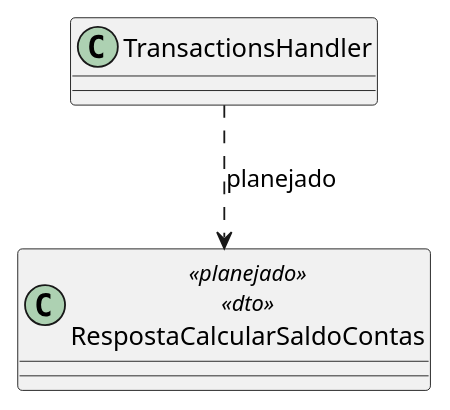
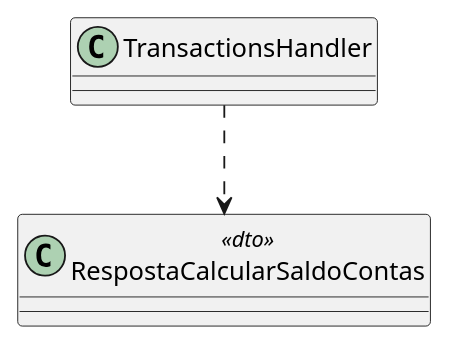
Diagram 12 of 12 in docs/uml/classes/srv-transactions.md (MiguelFMont/ES-PI4-2026-T1-G18), drawn with PlantUML before and after one commit. The commit also changed other lines of this file and 27 other files, not shown here.

Commit message:
docs: UML só do Servidor (remove diagramas de classes do Backend e do Frontend e as marcas de planejado)

````diff
--- a/docs/uml/classes/srv-transactions.md
+++ b/docs/uml/classes/srv-transactions.md
@@ -355,7 +352,7 @@
 ```plantuml
 @startuml
-class RespostaCalcularSaldoContas <<planejado>> <<dto>>
+class RespostaCalcularSaldoContas <<dto>>
 class TransactionsHandler
-TransactionsHandler ..> RespostaCalcularSaldoContas : planejado
+TransactionsHandler ..> RespostaCalcularSaldoContas
 @enduml
 ```
````
